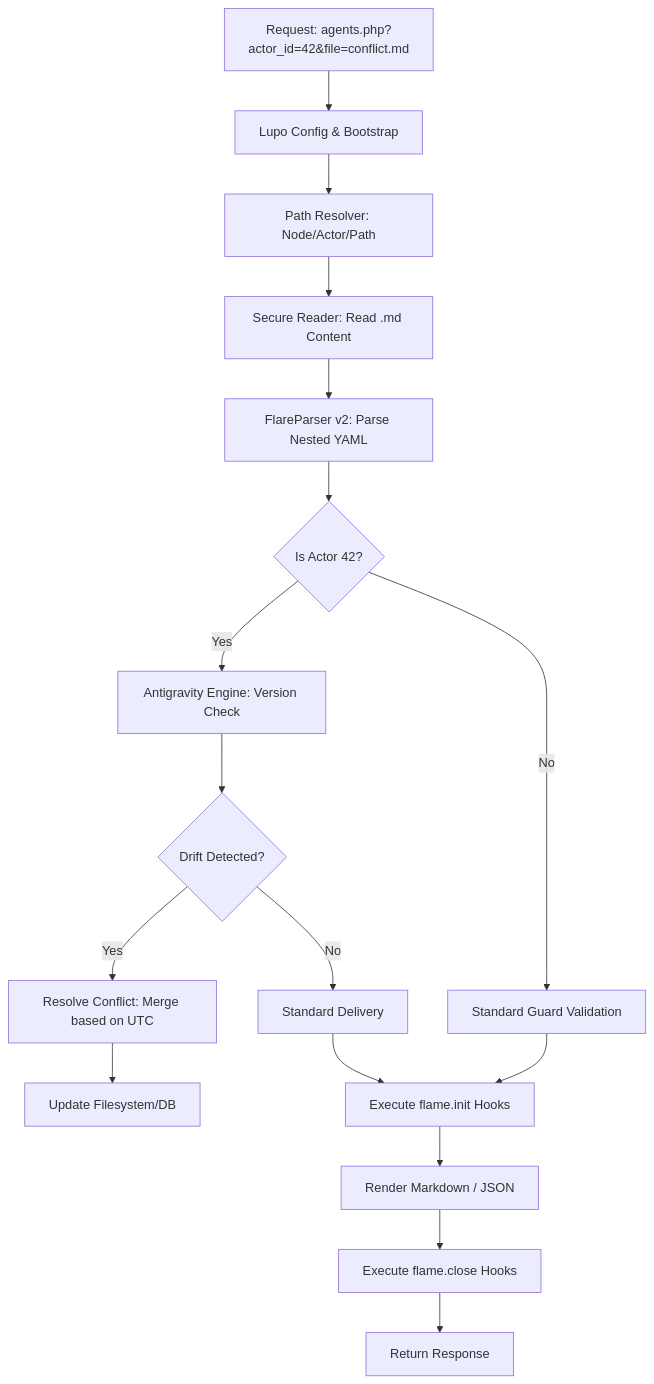
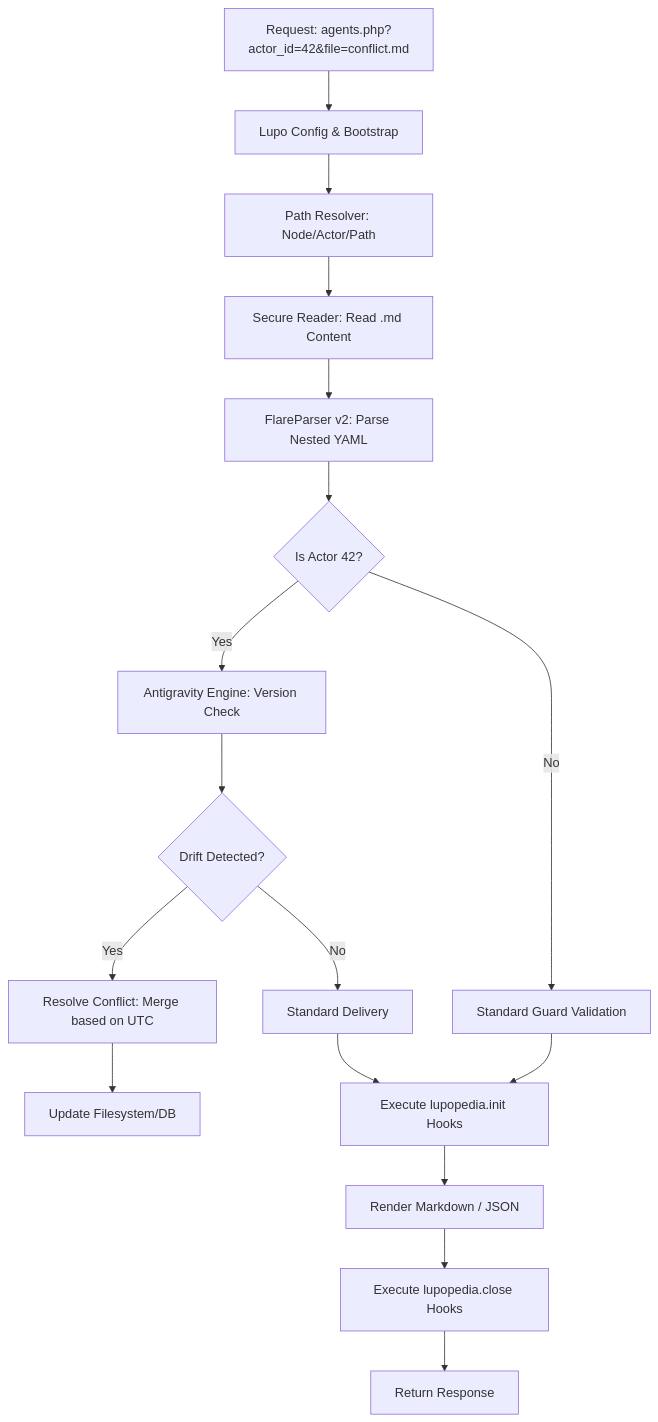
Before and after one commit to wisdomoflovingfaith/lupopedia: the diagram in plan.md, drawn with Mermaid. The commit also changed other lines of this file and 2828 other files, not shown here.

````diff
--- a/plan.md
+++ b/plan.md
@@ -44,23 +44,23 @@
 ```mermaid
 graph TD
     A[Request: agents.php?actor_id=42&file=conflict.md] --> B[Lupo Config & Bootstrap]
     B --> C[Path Resolver: Node/Actor/Path]
     C --> D[Secure Reader: Read .md Content]
     D --> E[FlareParser v2: Parse Nested YAML]
     
     E --> F{Is Actor 42?}
     F -- Yes --> G[Antigravity Engine: Version Check]
     G --> H{Drift Detected?}
     H -- Yes --> I[Resolve Conflict: Merge based on UTC]
     H -- No --> J[Standard Delivery]
     
     F -- No --> K[Standard Guard Validation]
     
     I --> L[Update Filesystem/DB]
-    J --> M[Execute flame.init Hooks]
+    J --> M[Execute lupopedia.init Hooks]
     K --> M
     
     M --> N[Render Markdown / JSON]
-    N --> O[Execute flame.close Hooks]
+    N --> O[Execute lupopedia.close Hooks]
     O --> P[Return Response]
 ```
````
